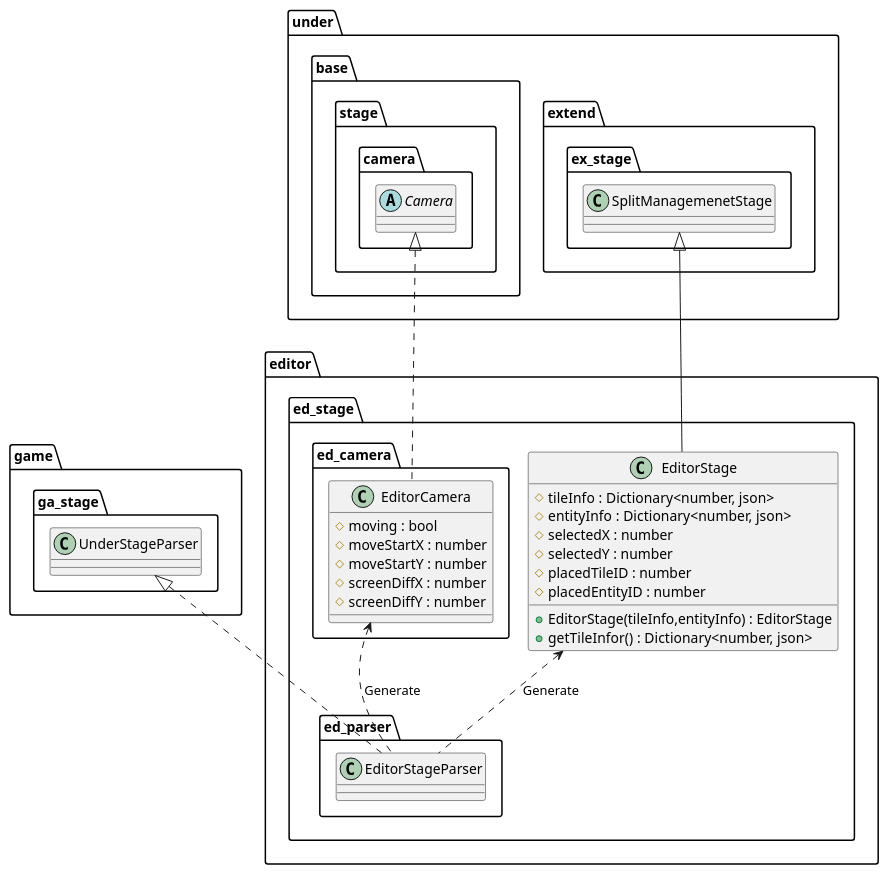
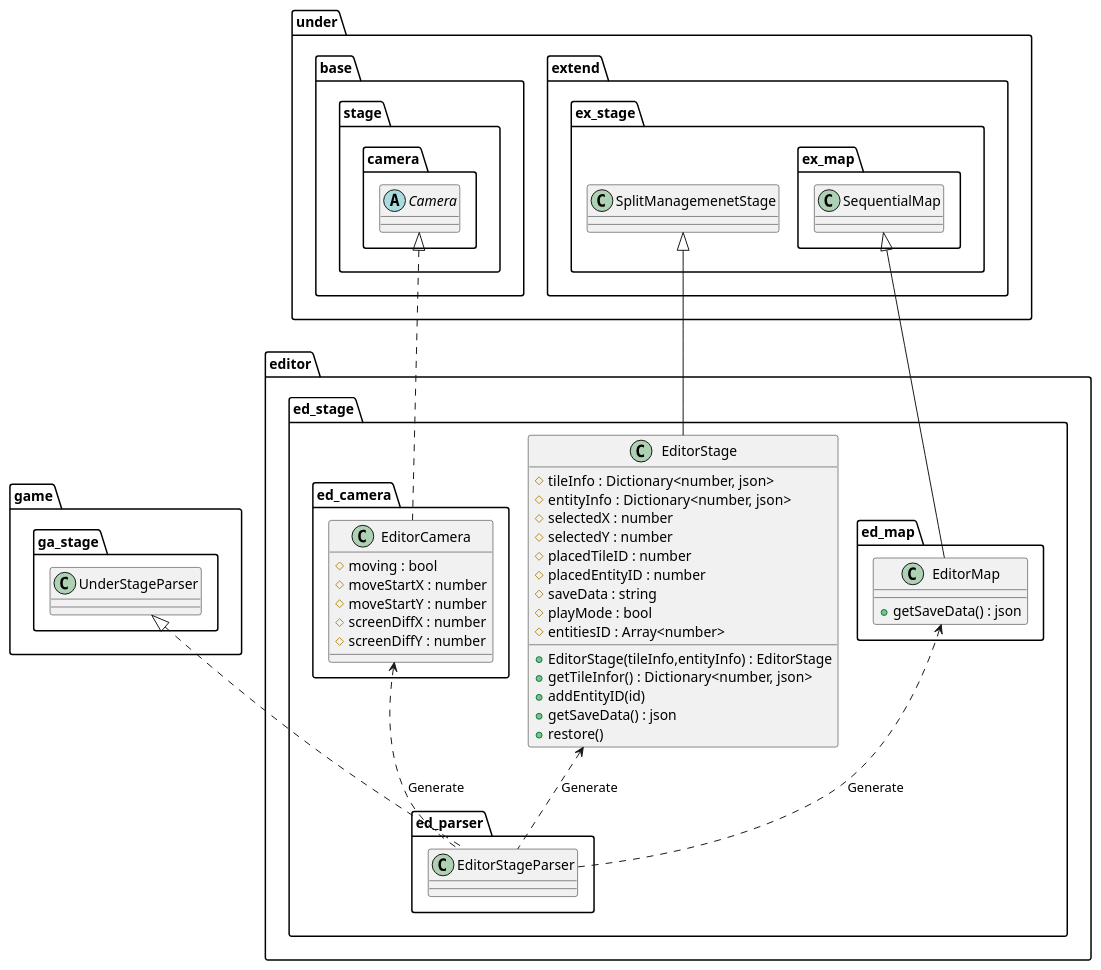
The diagram in uml/editor/Stage.wsd (Expine/Under), drawn with PlantUML before and after one commit. The commit also changed 15 other files, not shown here.

Commit message:
Enable to save by editor

```diff
--- a/uml/editor/Stage.wsd
+++ b/uml/editor/Stage.wsd
@@ -1,59 +1,76 @@
 @startuml EditorStage
 
 package editor {
     package ed_stage {
         class EditorStage {
             +EditorStage(tileInfo,entityInfo) : EditorStage
             #tileInfo : Dictionary<number, json>
             #entityInfo : Dictionary<number, json>
             #selectedX : number
             #selectedY : number
             #placedTileID : number
             #placedEntityID : number
+            #saveData : string
+            #playMode : bool
+            #entitiesID : Array<number>
             +getTileInfor() : Dictionary<number, json>
+            +addEntityID(id)
+            +getSaveData() : json
+            +restore()
+        }
+
+        package ed_map {
+            class EditorMap {
+                +getSaveData() : json
+            }
         }
 
         package ed_parser {
             class EditorStageParser
         }
         package ed_camera {
             class EditorCamera {
                 #moving : bool
                 #moveStartX : number
                 #moveStartY : number
                 #screenDiffX : number
                 #screenDiffY : number
             }
         }
     }
 }
 
 package under {
     package base {
         package stage {
             package camera {
                 abstract Camera
             }
         }
     }
     package extend {
         package ex_stage {
             class SplitManagemenetStage
+            package ex_map {
+                class SequentialMap
+            }
         }
     }
 }
 
 package game {
     package ga_stage {
         class UnderStageParser
     }
 }
 
 EditorStage <.. EditorStageParser : "Generate"
 EditorCamera <.. EditorStageParser : "Generate"
+EditorMap <.. EditorStageParser : "Generate"
 
 Camera <|.. EditorCamera
 UnderStageParser <|.. EditorStageParser
 SplitManagemenetStage <|-- EditorStage
+SequentialMap <|-- EditorMap
 
 @enduml
```
